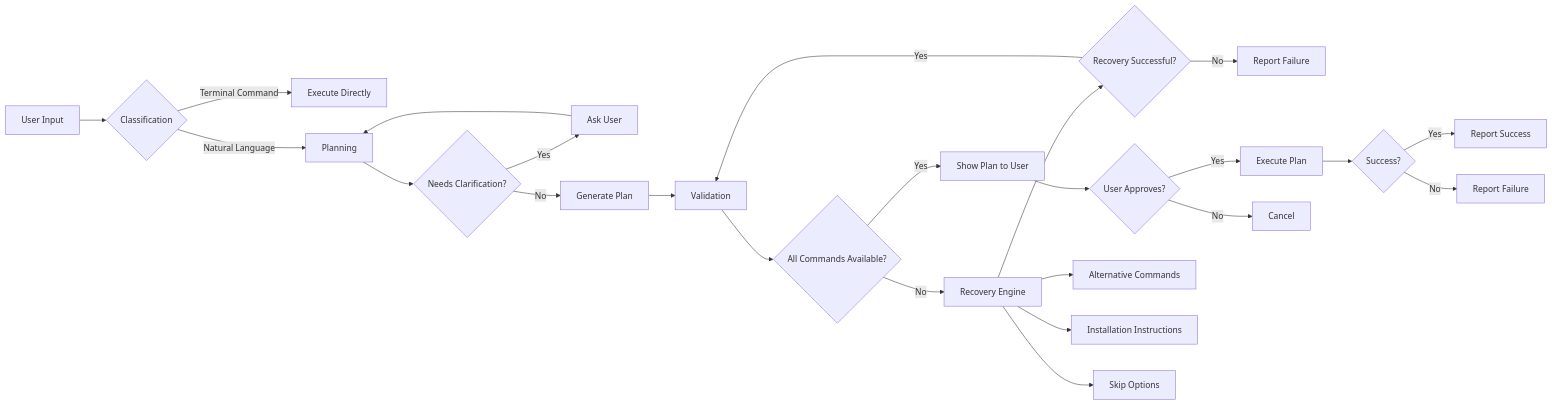
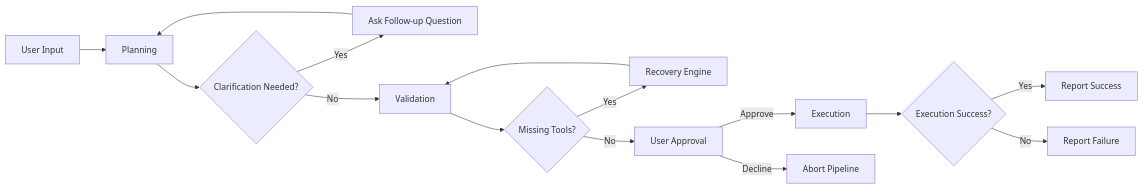
Before and after one commit to bitrifttech/li: the second of 5 diagrams in documentation/architecture-overview.md, drawn with Mermaid. The commit also changed other lines of this file and 19 other files, not shown here.

````diff
--- a/documentation/architecture-overview.md
+++ b/documentation/architecture-overview.md
@@ -295,31 +229,17 @@
 ```mermaid
 flowchart LR
-    A[User Input] --> B{Classification}
-    B -- Terminal Command --> C[Execute Directly]
-    B -- Natural Language --> D[Planning]
-    
-    D --> E{Needs Clarification?}
-    E -- Yes --> F[Ask User]
-    F --> D
-    E -- No --> G[Generate Plan]
-    
-    G --> H[Validation]
-    H --> I{All Commands Available?}
-    I -- No --> J[Recovery Engine]
-    J --> K{Recovery Successful?}
-    K -- Yes --> H
-    K -- No --> L[Report Failure]
-    
-    I -- Yes --> M[Show Plan to User]
-    M --> N{User Approves?}
-    N -- Yes --> O[Execute Plan]
-    N -- No --> P[Cancel]
-    
-    O --> Q{Success?}
-    Q -- Yes --> R[Report Success]
-    Q -- No --> S[Report Failure]
-    
-    J --> T[Alternative Commands]
-    J --> U[Installation Instructions]
-    J --> V[Skip Options]
+    A[User Input] --> B[Planning]
+    B --> C{Clarification Needed?}
+    C -- Yes --> D[Ask Follow-up Question]
+    D --> B
+    C -- No --> E[Validation]
+    E --> F{Missing Tools?}
+    F -- Yes --> G[Recovery Engine]
+    G --> E
+    F -- No --> H[User Approval]
+    H -- Approve --> I[Execution]
+    H -- Decline --> J[Abort Pipeline]
+    I --> K{Execution Success?}
+    K -- Yes --> L[Report Success]
+    K -- No --> M[Report Failure]
 ```
````
